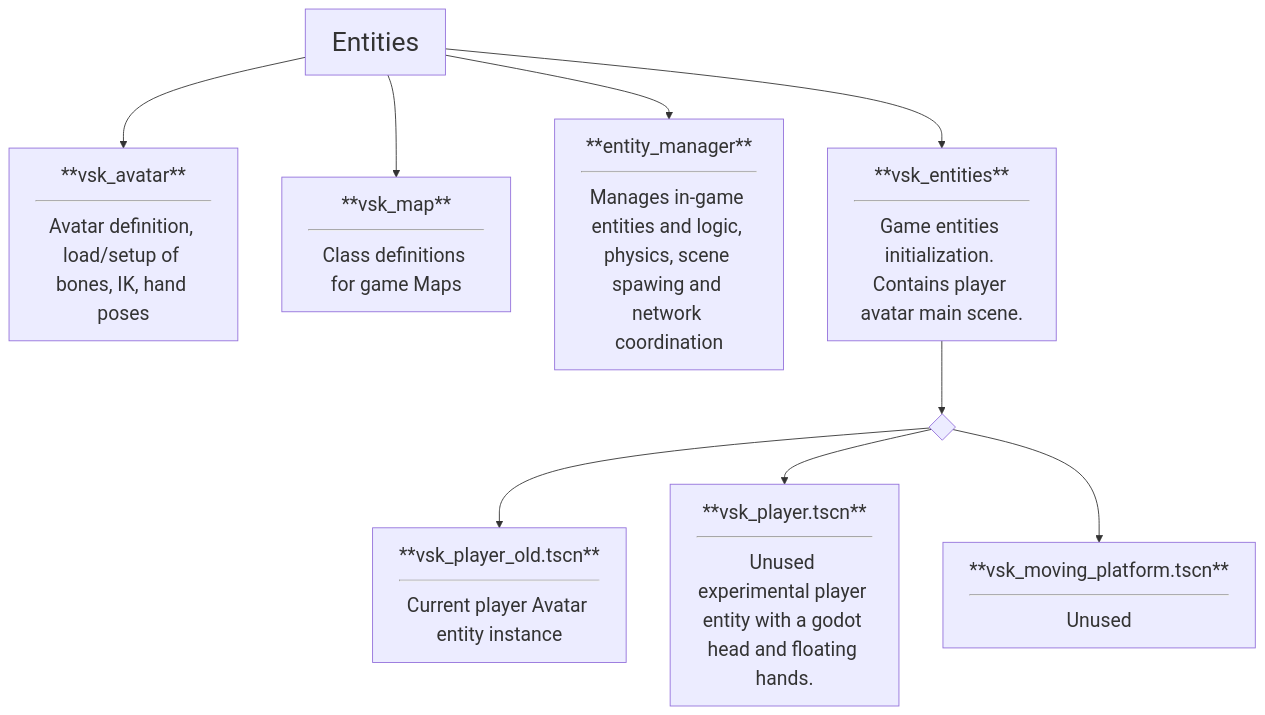
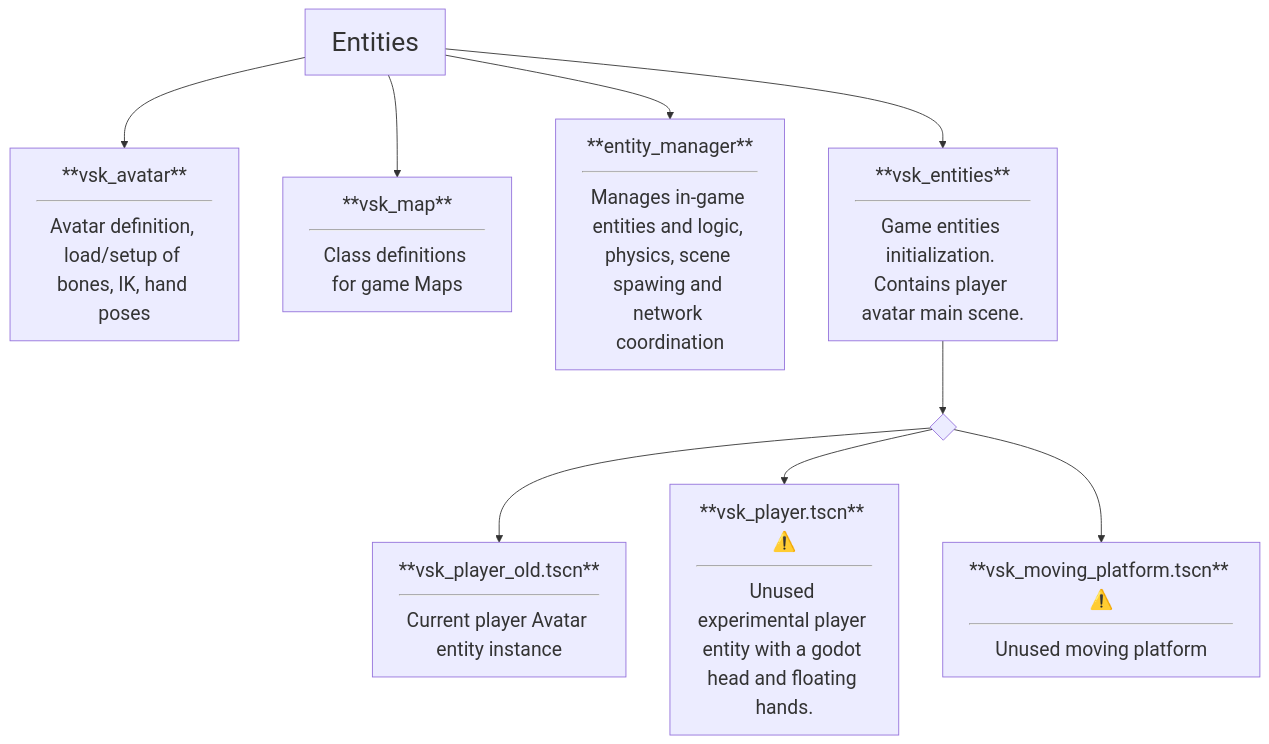
The fourth of 9 diagrams in test2.md (dragonhunt02/v-sekai-game), drawn with Mermaid before and after one commit. The commit also changed other lines of this file, not shown here.

````diff
--- a/test2.md
+++ b/test2.md
@@ -42,16 +47,16 @@
 ```mermaid
 %%{init: {'themeVariables': { 'fontSize': '22px' }}}%%
 flowchart TD
         Entities --> addon35[**vsk_avatar**<hr>Avatar definition, load/setup of bones, IK, hand poses]
         Entities --> addon4[**vsk_map**<hr>Class definitions for game Maps]
         Entities --> addon30[**entity_manager**<hr>Manages in-game entities and logic, physics, scene spawing and network coordination]
         Entities --> addon36[**vsk_entities**<hr>Game entities initialization. Contains player avatar main scene.]
             addon36 --> ctrl0{" "}
             ctrl0 --> dir2[**vsk_player_old.tscn**<hr>Current player Avatar entity instance]
-            ctrl0 --> dir3[**vsk_player.tscn**<hr>Unused experimental player entity with a godot head and floating hands.]
-            ctrl0 --> dir4[**vsk_moving_platform.tscn**<hr>Unused]
+            ctrl0 --> dir3[**vsk_player.tscn** ⚠️<hr>Unused experimental player entity with a godot head and floating hands.]
+            ctrl0 --> dir4[**vsk_moving_platform.tscn** ⚠️<hr>Unused moving platform]
 
     classDef Category font-size:30px
     class Entities Category
 
 ```
````
